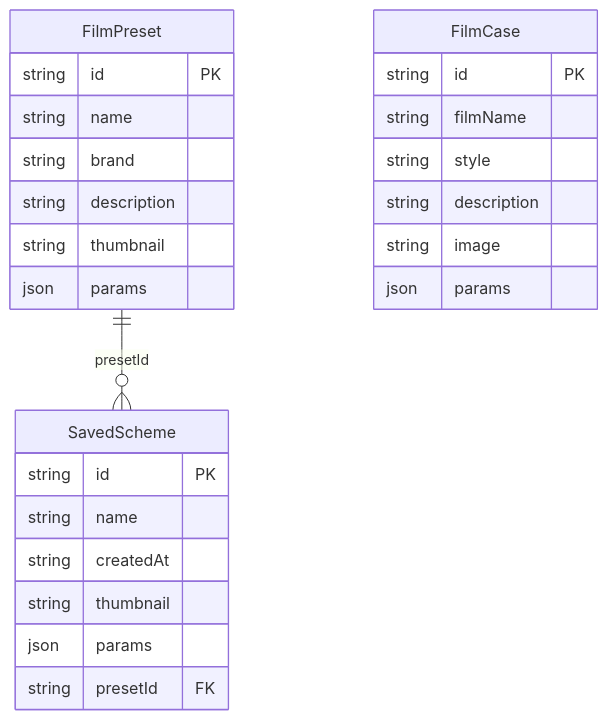
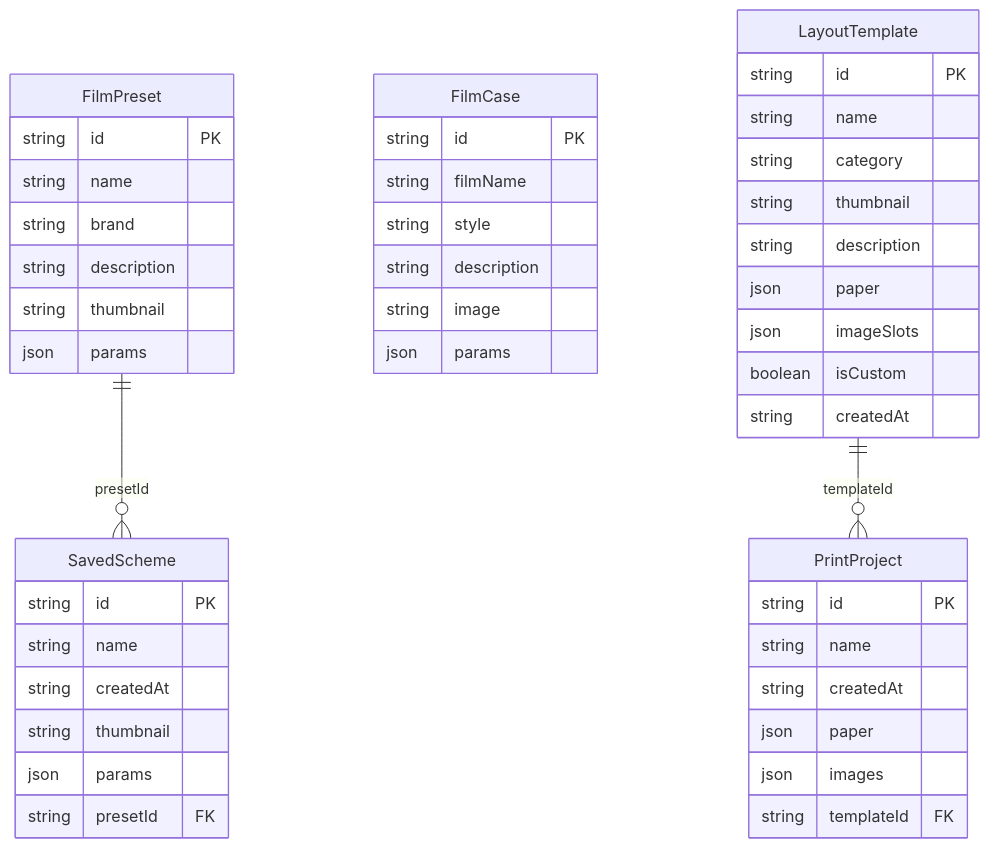
The second of 2 diagrams in .trae/documents/tech-architecture.md (18406572644/lhd033), drawn with Mermaid before and after one commit. The commit also changed other lines of this file and 24 other files, not shown here.

````diff
--- a/.trae/documents/tech-architecture.md
+++ b/.trae/documents/tech-architecture.md
@@ -107,28 +253,48 @@
 ```mermaid
 erDiagram
     "FilmPreset" {
         string id PK
         string name
         string brand
         string description
         string thumbnail
         json params
     }
     "SavedScheme" {
         string id PK
         string name
         string createdAt
         string thumbnail
         json params
         string presetId FK
     }
     "FilmCase" {
         string id PK
         string filmName
         string style
         string description
         string image
         json params
     }
+    "PrintProject" {
+        string id PK
+        string name
+        string createdAt
+        json paper
+        json images
+        string templateId FK
+    }
+    "LayoutTemplate" {
+        string id PK
+        string name
+        string category
+        string thumbnail
+        string description
+        json paper
+        json imageSlots
+        boolean isCustom
+        string createdAt
+    }
     "FilmPreset" ||--o{ "SavedScheme" : "presetId"
+    "LayoutTemplate" ||--o{ "PrintProject" : "templateId"
 ```
````
